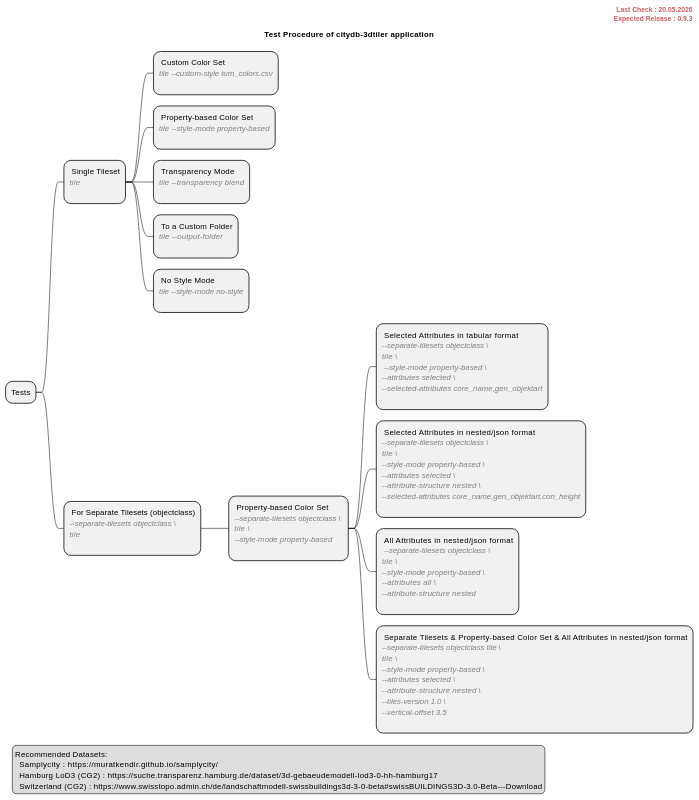
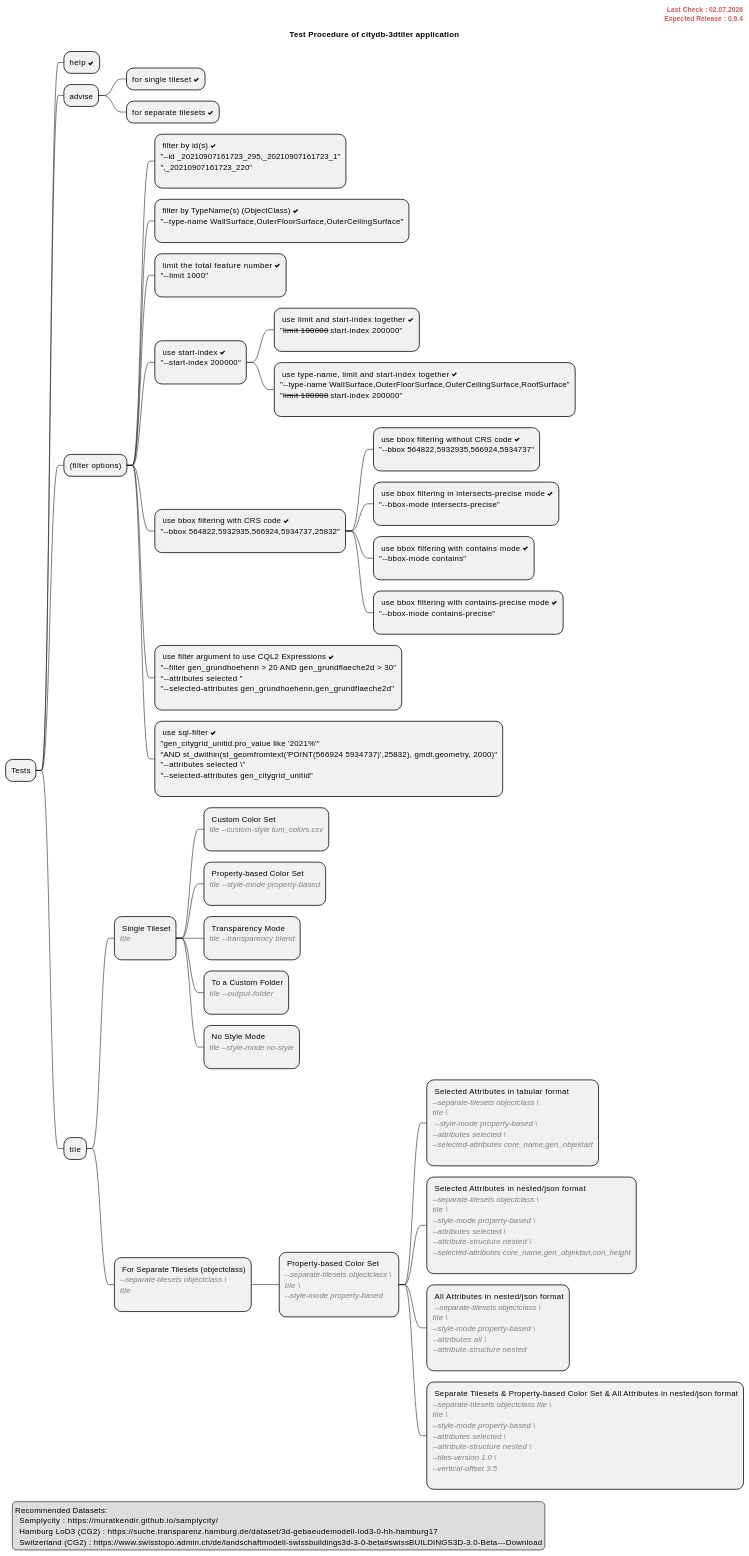
Before and after one commit to tum-gis/citydb-3dtiler: the diagram in docs/test_procedures.md, drawn with PlantUML. The commit also changed 5 other files, not shown here.

````diff
--- a/docs/test_procedures.md
+++ b/docs/test_procedures.md
@@ -6,49 +6,105 @@
 @startmindmap
 title Test Procedure of citydb-3dtiler application
 header
-<font color=indianred size=12><b>Last Check : 20.05.2026</b></font>
-<font color=indianred size=12><b>Expected Release : 0.9.3</b></font>
+<font color=indianred size=12><b>Last Check : 02.07.2026</b></font>
+<font color=indianred size=12><b>Expected Release : 0.9.4</b></font>
 endheader
 
 '!include card-style.puml
 
 * Tests
 
-**: Single Tileset
+** help <&check>
+
+** advise
+*** for single tileset <&check>
+*** for separate tilesets <&check>
+
+** (filter options)
+***: filter by id(s) <&check>
+"--id _20210907161723_295,_20210907161723_1"
+",_20210907161723_220"
+;
+***: filter by TypeName(s) (ObjectClass) <&check>
+"--type-name WallSurface,OuterFloorSurface,OuterCeilingSurface"
+;
+***: limit the total feature number <&check>
+"--limit 1000"
+;
+***: use start-index <&check>
+"--start-index 200000"
+;
+****: use limit and start-index together <&check>
+"--limit 100000 --start-index 200000"
+;
+****: use type-name, limit and start-index together <&check>
+"--type-name WallSurface,OuterFloorSurface,OuterCeilingSurface,RoofSurface"
+"--limit 100000 --start-index 200000"
+;
+***: use bbox filtering with CRS code <&check>
+"--bbox 564822,5932935,566924,5934737,25832"
+;
+****: use bbox filtering without CRS code <&check>
+"--bbox 564822,5932935,566924,5934737"
+;
+****: use bbox filtering in intersects-precise mode <&check>
+"--bbox-mode intersects-precise"
+;
+****: use bbox filtering with contains mode <&check>
+"--bbox-mode contains"
+;
+****: use bbox filtering with contains-precise mode <&check>
+"--bbox-mode contains-precise"
+;
+***: use filter argument to use CQL2 Expressions <&check>
+"--filter gen_grundhoehenn > 20 AND gen_grundflaeche2d > 30"
+"--attributes selected "
+"--selected-attributes gen_grundhoehenn,gen_grundflaeche2d"
+;
+***: use sql-filter <&check>
+"gen_citygrid_unitid.pro_value like '2021%'"
+"AND st_dwithin(st_geomfromtext('POINT(566924 5934737)',25832), gmdt.geometry, 2000)"
+"--attributes selected \"
+"--selected-attributes gen_citygrid_unitid"
+;
+
+** tile
+
+***: Single Tileset
 <font color=gray><i>tile</i></font>
 ;
-***: Custom Color Set 
+****: Custom Color Set 
 <font color=gray><i>tile --custom-style tum_colors.csv</i></font>
 ;
-***: Property-based Color Set
+****: Property-based Color Set
 <font color=gray><i>tile --style-mode property-based</i></font>
 ;
-***: Transparency Mode
+****: Transparency Mode
 <font color=gray><i>tile --transparency blend</i></font>
 ;
-***: To a Custom Folder
+****: To a Custom Folder
 <font color=gray><i>tile --output-folder</i></font>
 ;
-***: No Style Mode
+****: No Style Mode
 <font color=gray><i>tile --style-mode no-style</i></font>
 ;
-**: For Separate Tilesets (objectclass)
+***: For Separate Tilesets (objectclass)
 <font color=gray><i>--separate-tilesets objectclass \ </i></font>
 <font color=gray><i>tile</i></font>
 ;
-***: Property-based Color Set
+****: Property-based Color Set
 <font color=gray><i>--separate-tilesets objectclass \ </i></font>
 <font color=gray><i>tile \ </i></font>
 <font color=gray><i>--style-mode property-based</i></font>
 ;
-****: Selected Attributes in tabular format
+*****: Selected Attributes in tabular format
 <font color=gray><i>--separate-tilesets objectclass \ </i></font>
 <font color=gray><i>tile \ </i></font>
 <font color=gray><i> --style-mode property-based \ </i></font>
 <font color=gray><i>--attributes selected \ </i></font>
 <font color=gray><i>--selected-attributes  core_name,gen_objektart</i></font>
 ;
-****: Selected Attributes in nested/json format
+*****: Selected Attributes in nested/json format
 <font color=gray><i>--separate-tilesets objectclass \ </i></font>
 <font color=gray><i>tile \ </i></font>
 <font color=gray><i>--style-mode property-based \ </i></font>
@@ -56,14 +112,14 @@
 <font color=gray><i>--attribute-structure nested \ </i></font>
 <font color=gray><i>--selected-attributes core_name,gen_objektart,con_height</i></font>
 ;
-****: All Attributes in nested/json format
+*****: All Attributes in nested/json format
 <font color=gray><i> --separate-tilesets objectclass \ </i></font>
 <font color=gray><i>tile \ </i></font>
 <font color=gray><i>--style-mode property-based \ </i></font>
 <font color=gray><i>--attributes all \ </i></font>
 <font color=gray><i>--attribute-structure nested</i></font>
 ;
-****: Separate Tilesets & Property-based Color Set & All Attributes in nested/json format
+*****: Separate Tilesets & Property-based Color Set & All Attributes in nested/json format
 <font color=gray><i>--separate-tilesets objectclass tile \ </i></font>
 <font color=gray><i>tile \ </i></font>
 <font color=gray><i>--style-mode property-based \ </i></font>
@@ -83,5 +139,4 @@
 endlegend
 
 @endmindmap
-
 ```
````
